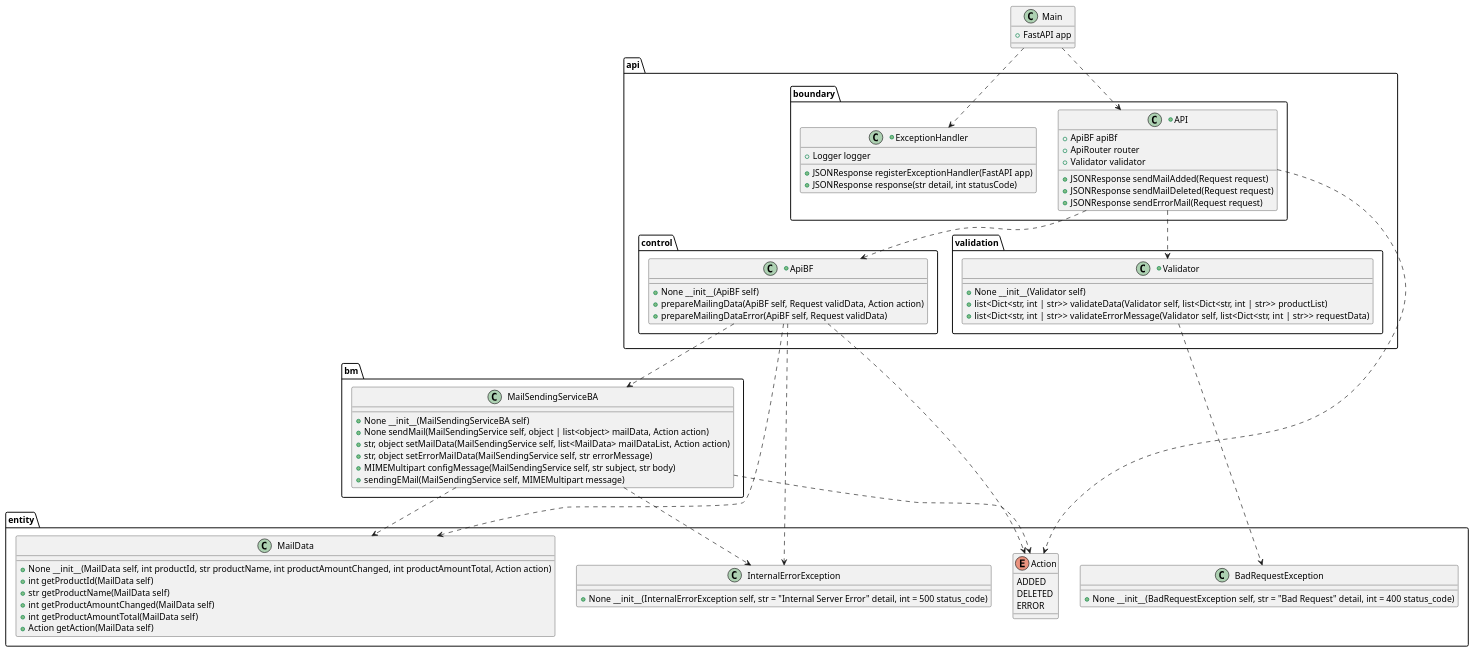
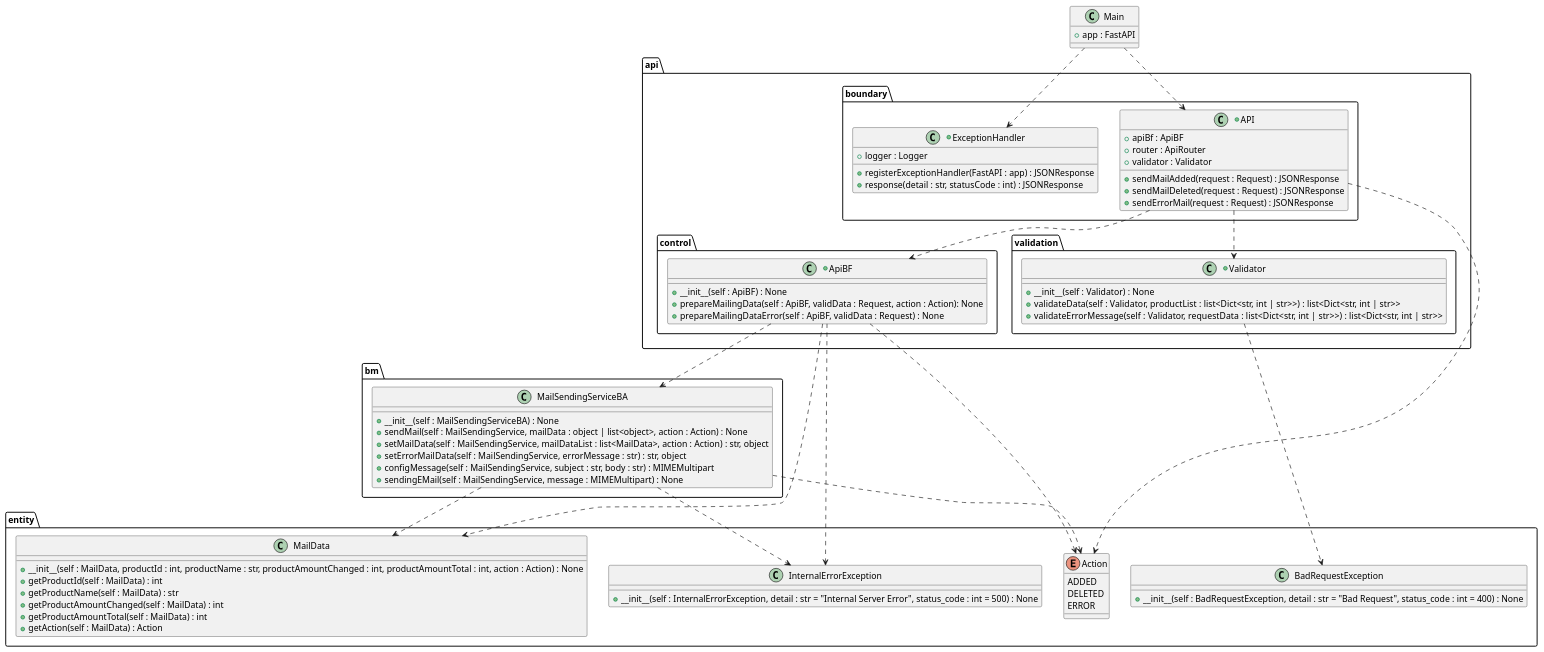
One commit to Marcey1611/stock-tracker-project-sysad-ws2425 changed the diagram in doc/documentation/mailingService/classDiagram.puml. Above: the diagram before and after it, drawn with PlantUML.

Commit message:
SYSAD-51: Adjust class diagram.

```diff
--- a/doc/documentation/mailingService/classDiagram.puml
+++ b/doc/documentation/mailingService/classDiagram.puml
@@ -1,98 +1,98 @@
 @startuml
 
 package api {
     package boundary {
         +class API {
-            +ApiBF apiBf
-            +ApiRouter router
-            +Validator validator
+            +apiBf : ApiBF 
+            +router : ApiRouter 
+            +validator : Validator 
 
-            +JSONResponse sendMailAdded(Request request)
-            +JSONResponse sendMailDeleted(Request request)
-            +JSONResponse sendErrorMail(Request request)
+            +sendMailAdded(request : Request) : JSONResponse
+            +sendMailDeleted(request : Request) : JSONResponse
+            +sendErrorMail(request : Request) : JSONResponse
         }
 
         +class ExceptionHandler {
-            +Logger logger
-            +JSONResponse registerExceptionHandler(FastAPI app)
-            +JSONResponse response(str detail, int statusCode)                
+            +logger : Logger
+            +registerExceptionHandler(FastAPI : app) : JSONResponse
+            +response(detail : str, statusCode : int) : JSONResponse            
         }
     }
 
     package control {
         +class ApiBF {
-            +None __init__(ApiBF self)
-            +prepareMailingData(ApiBF self, Request validData, Action action)
-            +prepareMailingDataError(ApiBF self, Request validData)
+            +__init__(self : ApiBF) : None
+            +prepareMailingData(self : ApiBF, validData : Request, action : Action): None
+            +prepareMailingDataError(self : ApiBF, validData : Request) : None
         }
     }
 
     package validation {
         +class Validator {
-            +None __init__(Validator self)
-            +list<Dict<str, int | str>> validateData(Validator self, list<Dict<str, int | str>> productList)
-            +list<Dict<str, int | str>> validateErrorMessage(Validator self, list<Dict<str, int | str>> requestData)
+            +__init__(self : Validator) : None
+            +validateData(self : Validator, productList : list<Dict<str, int | str>>) : list<Dict<str, int | str>>
+            +validateErrorMessage(self : Validator, requestData : list<Dict<str, int | str>>) : list<Dict<str, int | str>> 
         }
     }
 }
 
 package bm {
     class MailSendingServiceBA {
-        +None __init__(MailSendingServiceBA self)
-        +None sendMail(MailSendingService self, object | list<object> mailData, Action action)
-        +str, object setMailData(MailSendingService self, list<MailData> mailDataList, Action action)
-        +str, object setErrorMailData(MailSendingService self, str errorMessage)
-        +MIMEMultipart configMessage(MailSendingService self, str subject, str body)
-        +sendingEMail(MailSendingService self, MIMEMultipart message)
+        +__init__(self : MailSendingServiceBA) : None
+        +sendMail(self : MailSendingService, mailData : object | list<object>, action : Action) : None
+        +setMailData(self : MailSendingService, mailDataList : list<MailData>, action : Action) : str, object 
+        +setErrorMailData(self : MailSendingService, errorMessage : str) : str, object 
+        +configMessage(self : MailSendingService, subject : str, body : str) : MIMEMultipart
+        +sendingEMail(self : MailSendingService, message : MIMEMultipart) : None
     }
 }
 
 package entity {
     class MailData {
-        +None __init__(MailData self, int productId, str productName, int productAmountChanged, int productAmountTotal, Action action)
-        +int getProductId(MailData self)
-        +str getProductName(MailData self)
-        +int getProductAmountChanged(MailData self)
-        +int getProductAmountTotal(MailData self)
-        +Action getAction(MailData self)
+        +__init__(self : MailData, productId : int, productName : str, productAmountChanged : int, productAmountTotal : int, action : Action) : None
+        +getProductId(self : MailData) : int
+        +getProductName(self : MailData) : str
+        +getProductAmountChanged(self : MailData) : int
+        +getProductAmountTotal(self : MailData) : int
+        +getAction(self : MailData) : Action
     }
 
     enum Action {
         ADDED
         DELETED
         ERROR
     }
 
     class InternalErrorException {
-        +None __init__(InternalErrorException self, str = "Internal Server Error" detail, int = 500 status_code)
+        +__init__(self : InternalErrorException, detail : str = "Internal Server Error", status_code : int = 500) : None
     }
 
     class BadRequestException {
-        +None __init__(BadRequestException self, str = "Bad Request" detail, int = 400 status_code)
+        +__init__(self : BadRequestException, detail : str = "Bad Request", status_code : int = 400) : None
 
     }
 }
 
 class Main {
-    +FastAPI app
+    +app : FastAPI
 }
 
 Main ..> ExceptionHandler
 Main ..> API
 
 API ..> Validator
 API ..> ApiBF
 API ..> Action
 
 ApiBF ..> MailData
 ApiBF ..> MailSendingServiceBA
 ApiBF ..> InternalErrorException
 ApiBF ..> Action
 
 Validator ..> BadRequestException
 
 MailSendingServiceBA ..> Action
 MailSendingServiceBA ..> InternalErrorException
 MailSendingServiceBA ..> MailData
 
 @enduml
```
